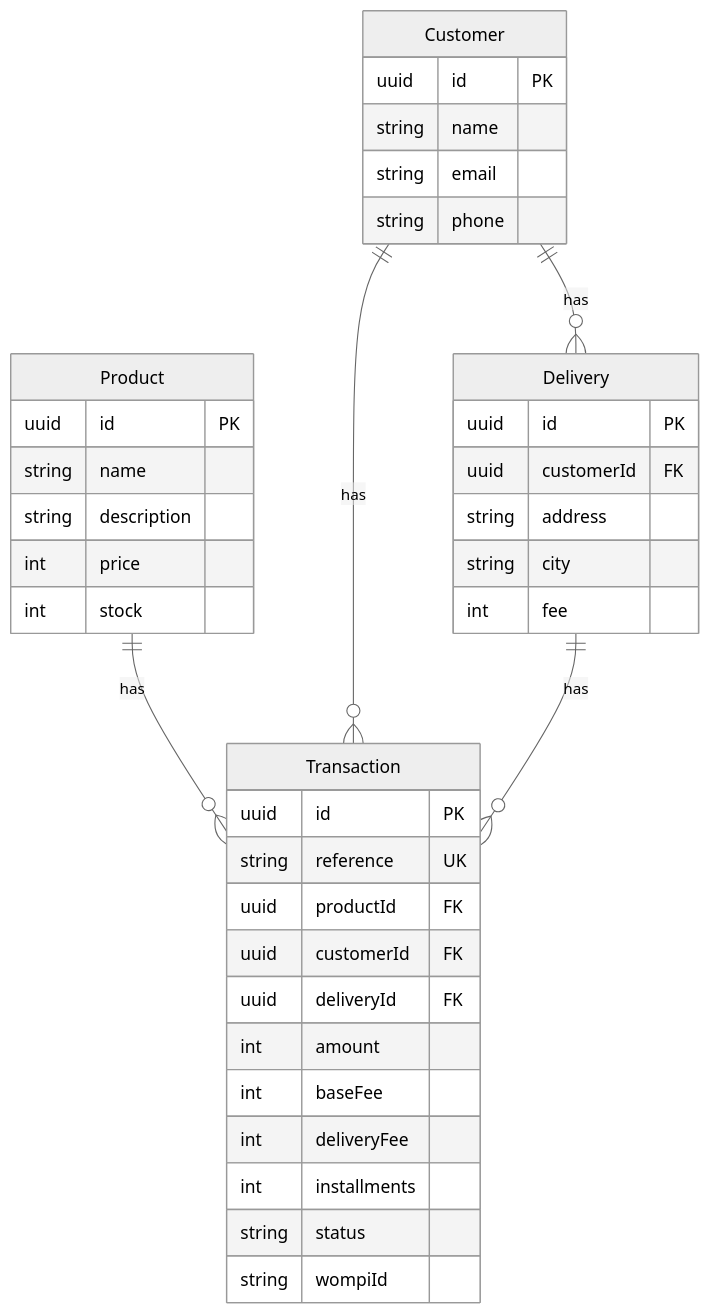
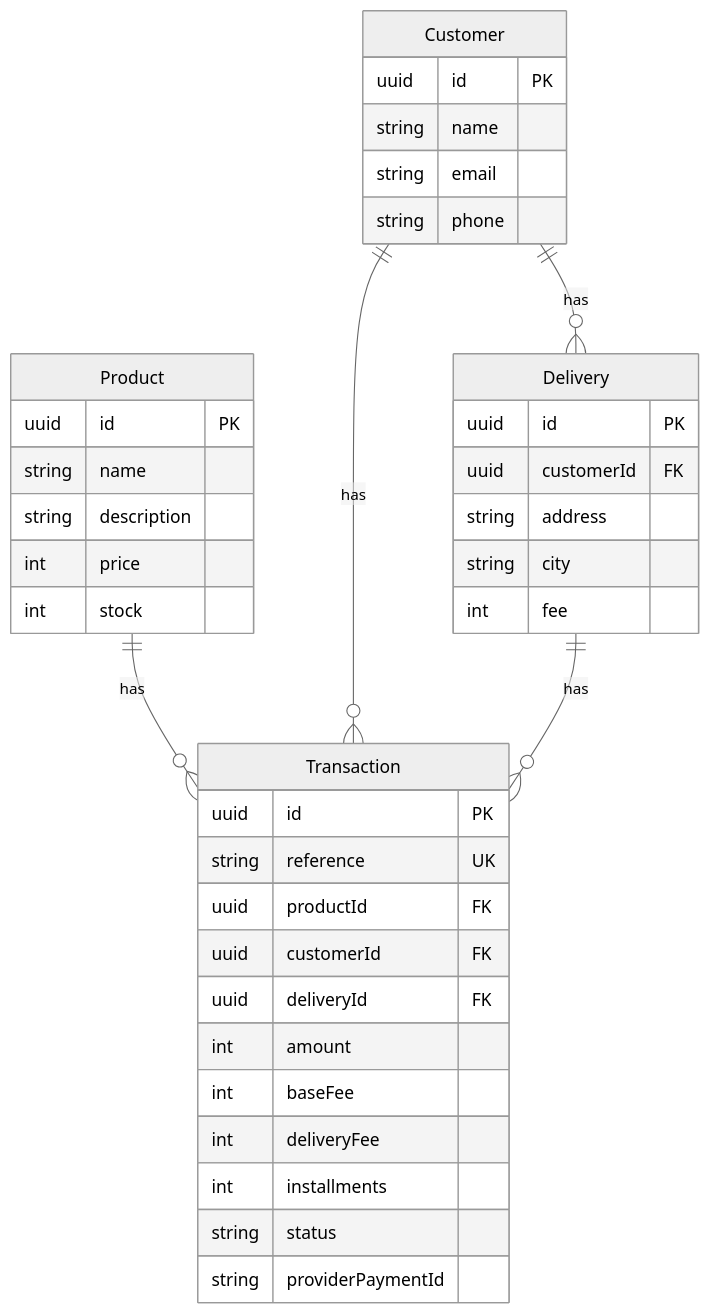
Before and after one commit to Galindo1327/JDGM-Checkout-App: the diagram in README.md, drawn with Mermaid (neutral theme). The commit also changed other lines of this file and 28 other files, not shown here.

````diff
--- a/README.md
+++ b/README.md
@@ -67,44 +67,44 @@
 ```mermaid
 erDiagram
   Product ||--o{ Transaction : has
   Customer ||--o{ Delivery : has
   Customer ||--o{ Transaction : has
   Delivery ||--o{ Transaction : has
 
   Product {
     uuid id PK
     string name
     string description
     int price
     int stock
   }
 
   Customer {
     uuid id PK
     string name
     string email
     string phone
   }
 
   Delivery {
     uuid id PK
     uuid customerId FK
     string address
     string city
     int fee
   }
 
   Transaction {
     uuid id PK
     string reference UK
     uuid productId FK
     uuid customerId FK
     uuid deliveryId FK
     int amount
     int baseFee
     int deliveryFee
     int installments
     string status
-    string wompiId
+    string providerPaymentId
   }
 ```
````
